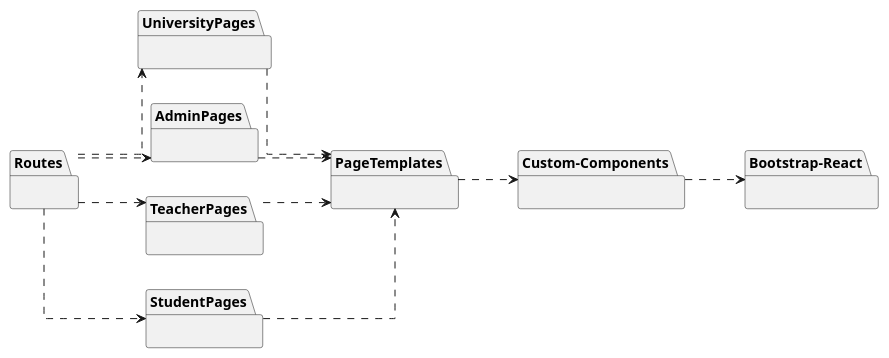
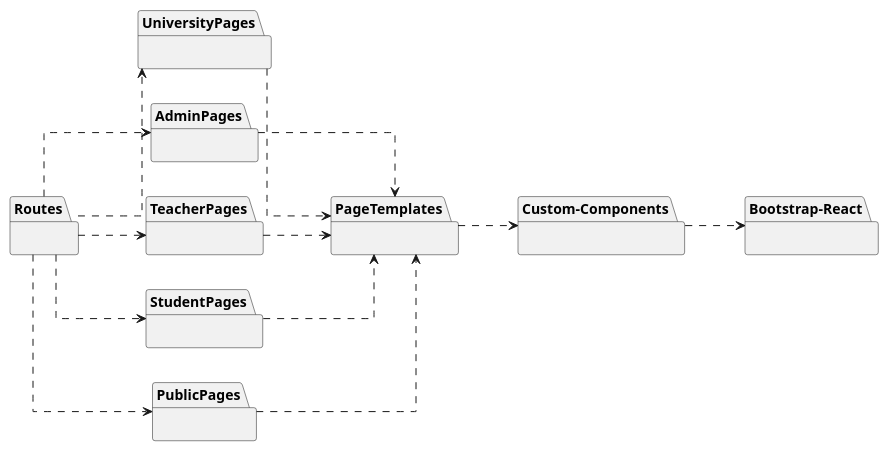
Before and after one commit to M9k/Marvin-Uml: the diagram in react/simple.puml, drawn with PlantUML. The commit also changed 20 other files, not shown here.

```diff
--- a/react/simple.puml
+++ b/react/simple.puml
@@ -1,42 +1,44 @@
 @startuml
 
 hide circle
 
 skinparam classAttributeIconSize 0
 
 skinparam linetype ortho
 
 skinparam hide circle
 
 left to right direction
 
 
 package Bootstrap-React as BR{}
 
 package Custom-Components as CC{}
 
 CC ..> BR
 
 package PageTemplates as PT{}
 
 PT ..> CC
 
 package UniversityPages as UP{}
 package AdminPages as AP{}
 package TeacherPages as TP{}
 package StudentPages as SP{}
+package PublicPages as PP{}
 
 UP ..> PT
 AP ..> PT
 TP ..> PT
 SP ..> PT
-
+PP ..> PT
 
 package Routes as RT{}
 
 RT ..> UP
 RT ..> AP
 RT ..> TP
 RT ..> SP
+RT ..> PP
 
 @enduml
```
